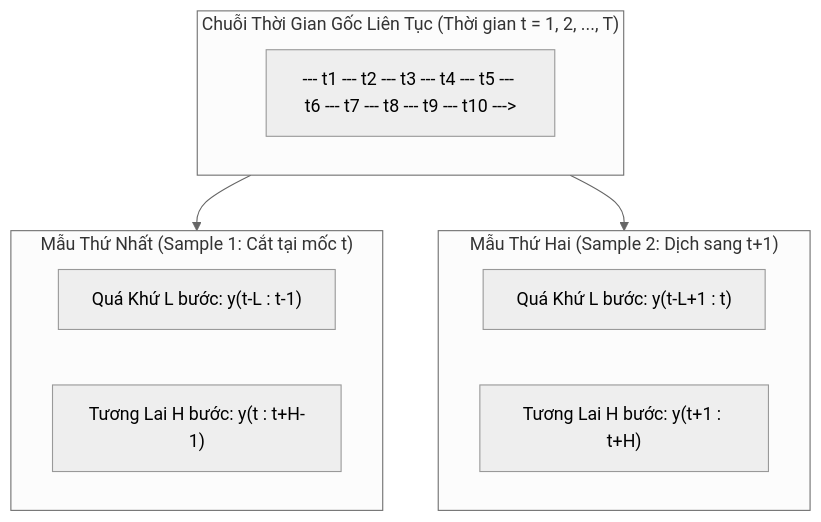
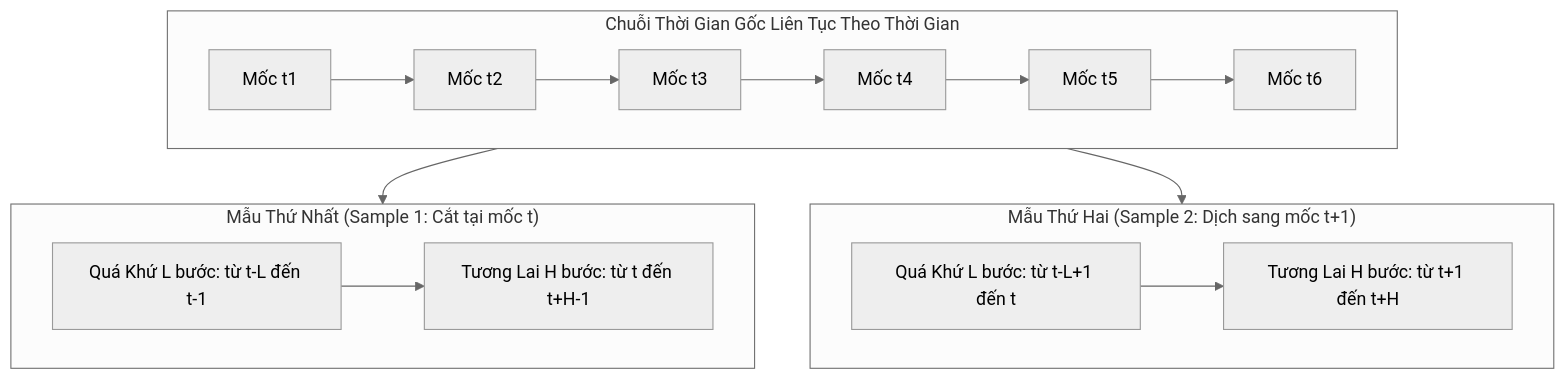
Before and after one commit to snowflake-vibing/Project-Experimental-TiDE: the second of 3 diagrams in doc/03_problem_setting.md, drawn with Mermaid (neutral theme). The commit also changed other lines of this file, not shown here.

Commit message:
fix(docs): format Mermaid diagrams and LaTeX display blocks in doc/03_problem_setting.md

````diff
--- a/doc/03_problem_setting.md
+++ b/doc/03_problem_setting.md
@@ -141,19 +146,21 @@
 ```mermaid
 flowchart TD
-    subgraph Stream ["Chuỗi Thời Gian Gốc Liên Tục (Thời gian t = 1, 2, ..., T)"]
-        Timeline["--- t1 --- t2 --- t3 --- t4 --- t5 --- t6 --- t7 --- t8 --- t9 --- t10 --->"]
+    subgraph Stream ["Chuỗi Thời Gian Gốc Liên Tục Theo Thời Gian"]
+        T1["Mốc t1"] --> T2["Mốc t2"] --> T3["Mốc t3"] --> T4["Mốc t4"] --> T5["Mốc t5"] --> T6["Mốc t6"]
     end
 
     subgraph M1 ["Mẫu Thứ Nhất (Sample 1: Cắt tại mốc t)"]
-        Hist1["Quá Khứ L bước: y(t-L : t-1)"]
-        Fut1["Tương Lai H bước: y(t : t+H-1)"]
+        Hist1["Quá Khứ L bước: từ t-L đến t-1"]
+        Fut1["Tương Lai H bước: từ t đến t+H-1"]
+        Hist1 --> Fut1
     end
 
-    subgraph M2 ["Mẫu Thứ Hai (Sample 2: Dịch sang t+1)"]
-        Hist2["Quá Khứ L bước: y(t-L+1 : t)"]
-        Fut2["Tương Lai H bước: y(t+1 : t+H)"]
+    subgraph M2 ["Mẫu Thứ Hai (Sample 2: Dịch sang mốc t+1)"]
+        Hist2["Quá Khứ L bước: từ t-L+1 đến t"]
+        Fut2["Tương Lai H bước: từ t+1 đến t+H"]
+        Hist2 --> Fut2
     end
 
     Stream --> M1
     Stream --> M2
 ```
````
